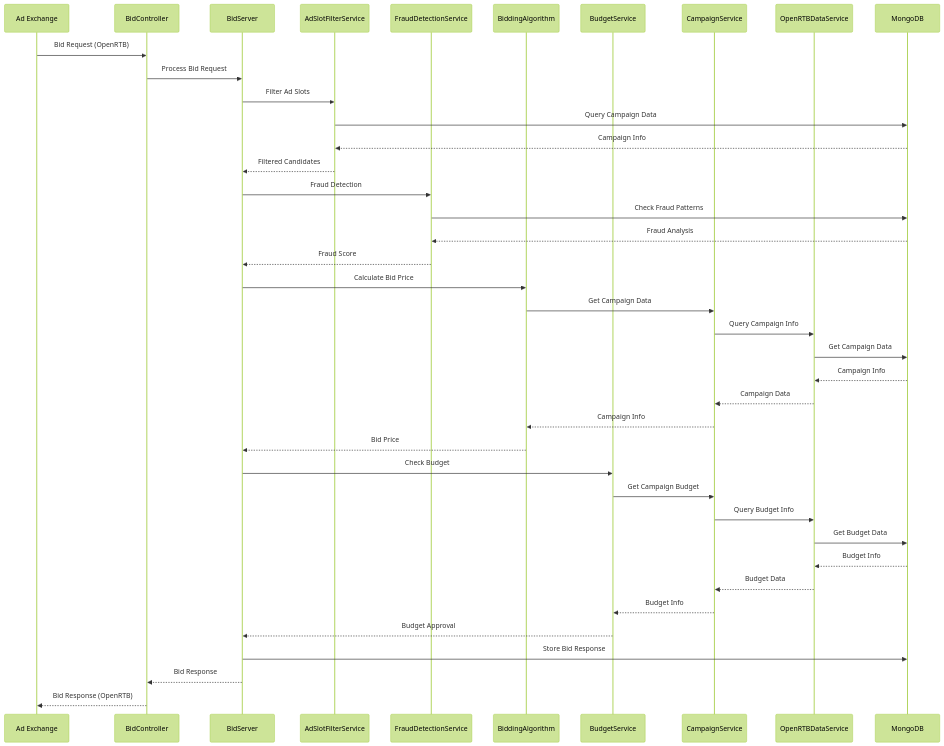
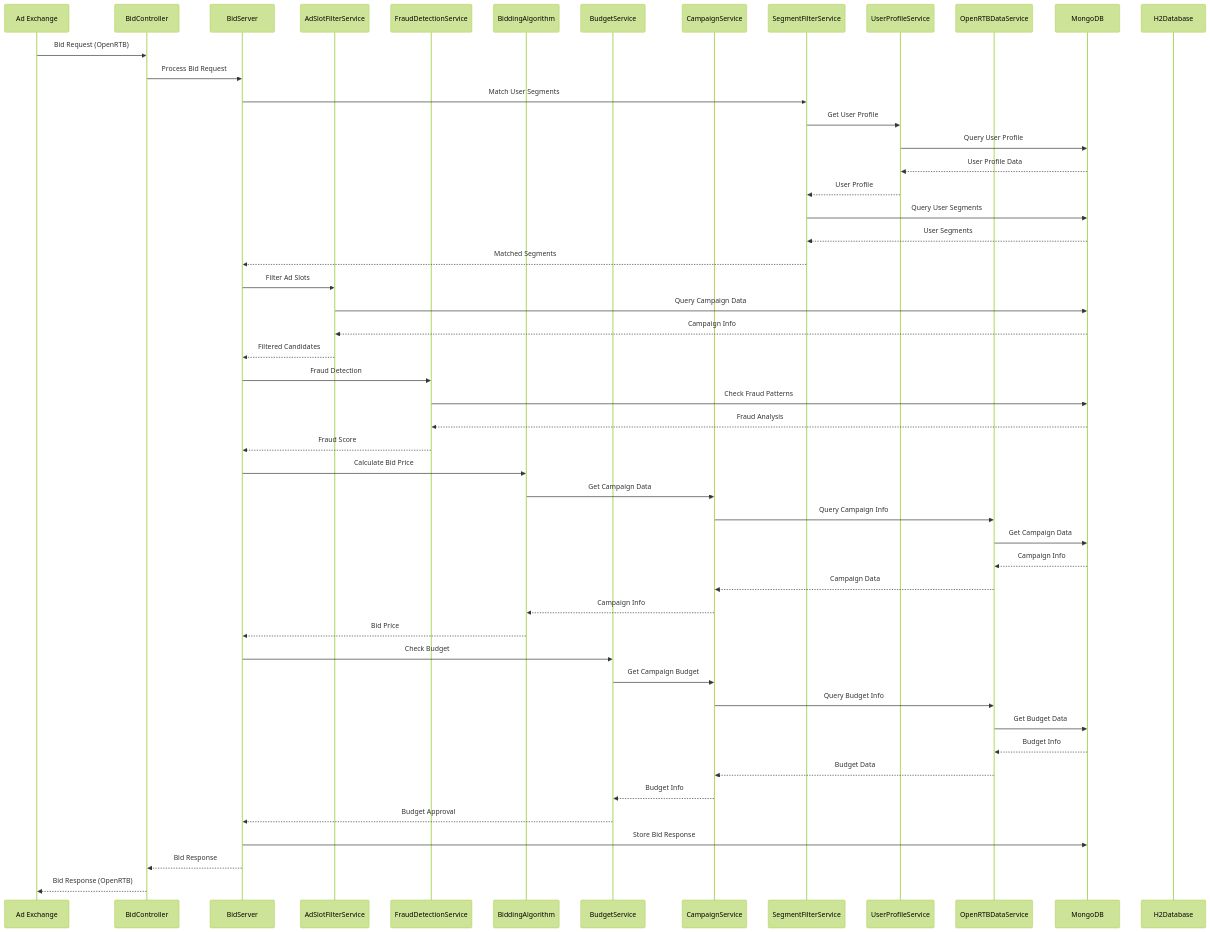
One commit to songfei1983/play-spring-boot-api changed the second of 4 diagrams in architecture-diagram.md. Above: the diagram before and after it, drawn with Mermaid (forest theme). The commit also changed other lines of this file and 1 other file, not shown here.

First line of the commit message:
完善架构图：添加用户画像和分段模块

````diff
--- a/architecture-diagram.md
+++ b/architecture-diagram.md
@@ -198,48 +253,61 @@
 ```mermaid
 sequenceDiagram
     participant ADX as Ad Exchange
     participant BC as BidController
     participant BS as BidServer
     participant ASF as AdSlotFilterService
     participant FDS as FraudDetectionService
     participant BA as BiddingAlgorithm
     participant BUS as BudgetService
     participant CS as CampaignService
+    participant SFS as SegmentFilterService
+    participant UPFS as UserProfileService
     participant ORDS as OpenRTBDataService
     participant MONGO as MongoDB
+    participant H2 as H2Database
     
     ADX->>BC: Bid Request (OpenRTB)
     BC->>BS: Process Bid Request
+    
+    %% 用户画像和分段匹配
+    BS->>SFS: Match User Segments
+    SFS->>UPFS: Get User Profile
+    UPFS->>MONGO: Query User Profile
+    MONGO-->>UPFS: User Profile Data
+    UPFS-->>SFS: User Profile
+    SFS->>MONGO: Query User Segments
+    MONGO-->>SFS: User Segments
+    SFS-->>BS: Matched Segments
     
     BS->>ASF: Filter Ad Slots
     ASF->>MONGO: Query Campaign Data
     MONGO-->>ASF: Campaign Info
     ASF-->>BS: Filtered Candidates
     
     BS->>FDS: Fraud Detection
     FDS->>MONGO: Check Fraud Patterns
     MONGO-->>FDS: Fraud Analysis
     FDS-->>BS: Fraud Score
     
     BS->>BA: Calculate Bid Price
     BA->>CS: Get Campaign Data
     CS->>ORDS: Query Campaign Info
     ORDS->>MONGO: Get Campaign Data
     MONGO-->>ORDS: Campaign Info
     ORDS-->>CS: Campaign Data
     CS-->>BA: Campaign Info
     BA-->>BS: Bid Price
     
     BS->>BUS: Check Budget
     BUS->>CS: Get Campaign Budget
     CS->>ORDS: Query Budget Info
     ORDS->>MONGO: Get Budget Data
     MONGO-->>ORDS: Budget Info
     ORDS-->>CS: Budget Data
     CS-->>BUS: Budget Info
     BUS-->>BS: Budget Approval
     
     BS->>MONGO: Store Bid Response
     BS-->>BC: Bid Response
     BC-->>ADX: Bid Response (OpenRTB)
 ```
````
